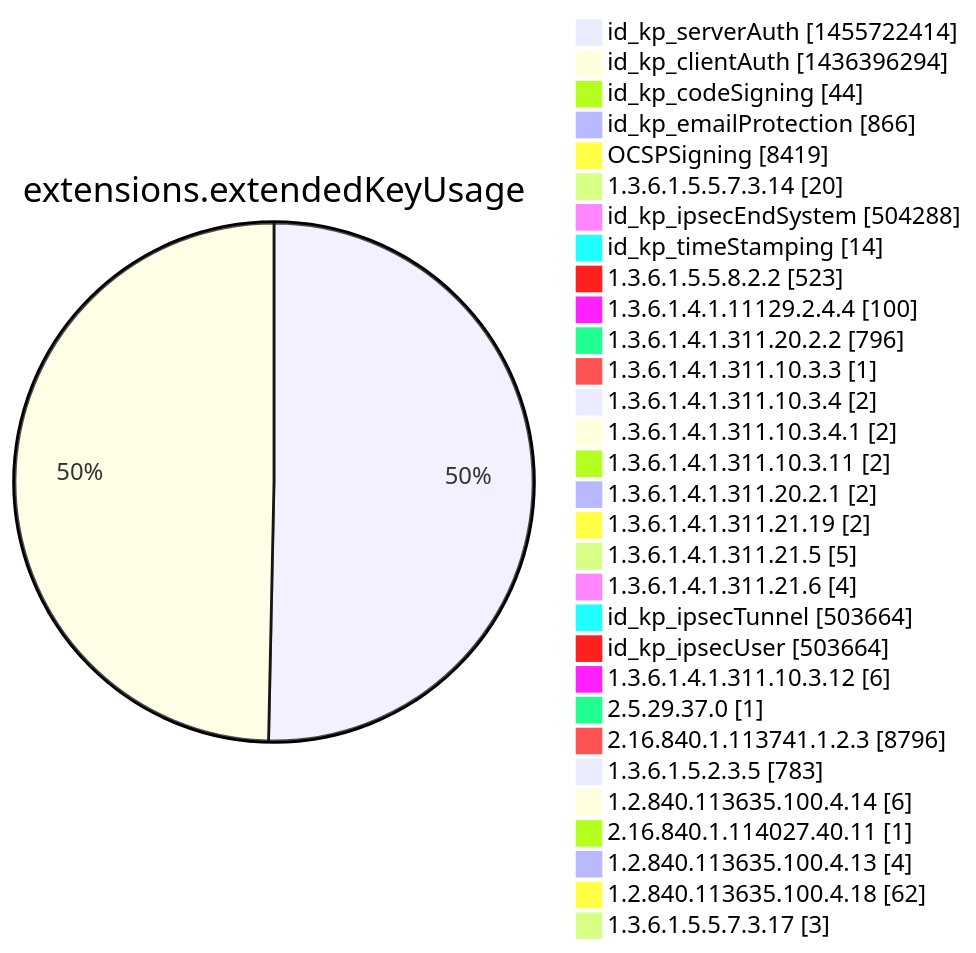
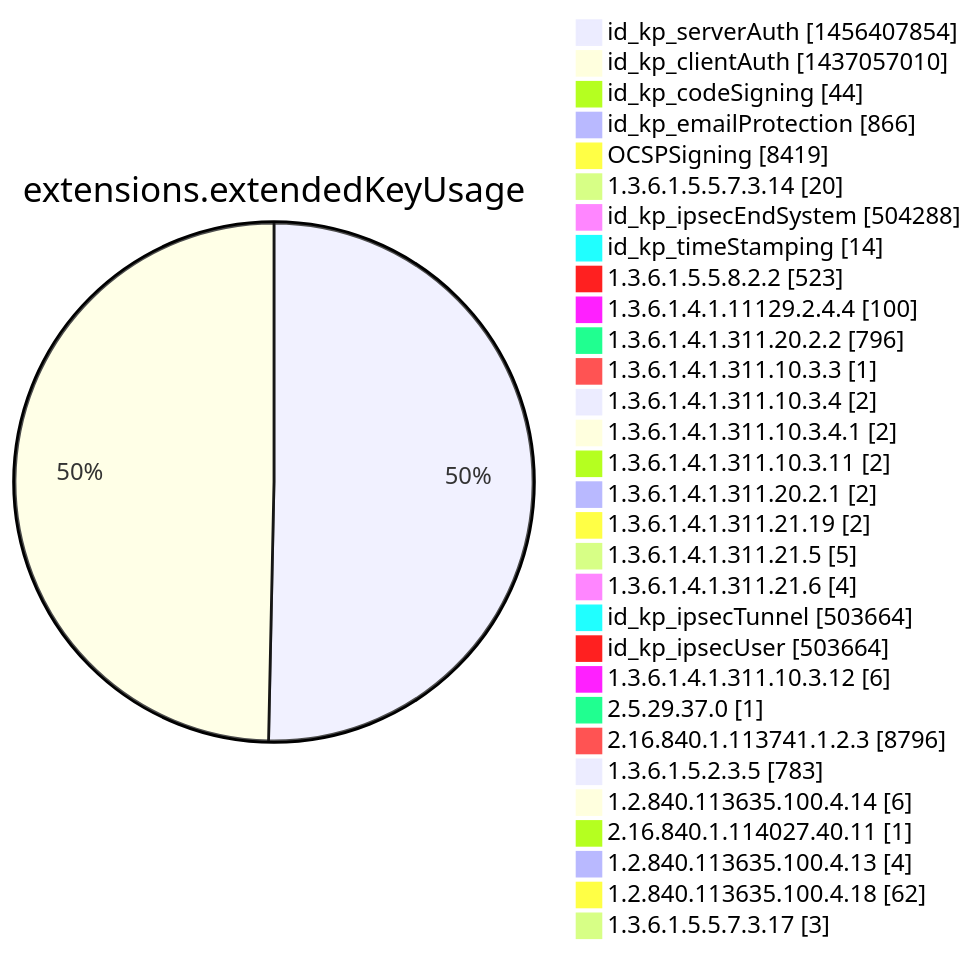
One commit to christiankrug/ctmonitor_visualization changed diagram 12 of 15 in argon2022/README.md. Above: the diagram before and after it, drawn with Mermaid. The commit also changed other lines of this file, not shown here.

````diff
--- a/argon2022/README.md
+++ b/argon2022/README.md
@@ -3555,34 +3555,34 @@
 ```mermaid
 pie showData
 title extensions.extendedKeyUsage
-"id_kp_serverAuth" :1455722414
-"id_kp_clientAuth" :1436396294
+"id_kp_serverAuth" :1456407854
+"id_kp_clientAuth" :1437057010
 "id_kp_codeSigning" :44
 "id_kp_emailProtection" :866
 "OCSPSigning" :8419
 "1.3.6.1.5.5.7.3.14" :20
 "id_kp_ipsecEndSystem" :504288
 "id_kp_timeStamping" :14
 "1.3.6.1.5.5.8.2.2" :523
 "1.3.6.1.4.1.11129.2.4.4" :100
 "1.3.6.1.4.1.311.20.2.2" :796
 "1.3.6.1.4.1.311.10.3.3" :1
 "1.3.6.1.4.1.311.10.3.4" :2
 "1.3.6.1.4.1.311.10.3.4.1" :2
 "1.3.6.1.4.1.311.10.3.11" :2
 "1.3.6.1.4.1.311.20.2.1" :2
 "1.3.6.1.4.1.311.21.19" :2
 "1.3.6.1.4.1.311.21.5" :5
 "1.3.6.1.4.1.311.21.6" :4
 "id_kp_ipsecTunnel" :503664
 "id_kp_ipsecUser" :503664
 "1.3.6.1.4.1.311.10.3.12" :6
 "2.5.29.37.0" :1
 "2.16.840.1.113741.1.2.3" :8796
 "1.3.6.1.5.2.3.5" :783
 "1.2.840.113635.100.4.14" :6
 "2.16.840.1.114027.40.11" :1
 "1.2.840.113635.100.4.13" :4
 "1.2.840.113635.100.4.18" :62
 "1.3.6.1.5.5.7.3.17" :3
 ```
````
